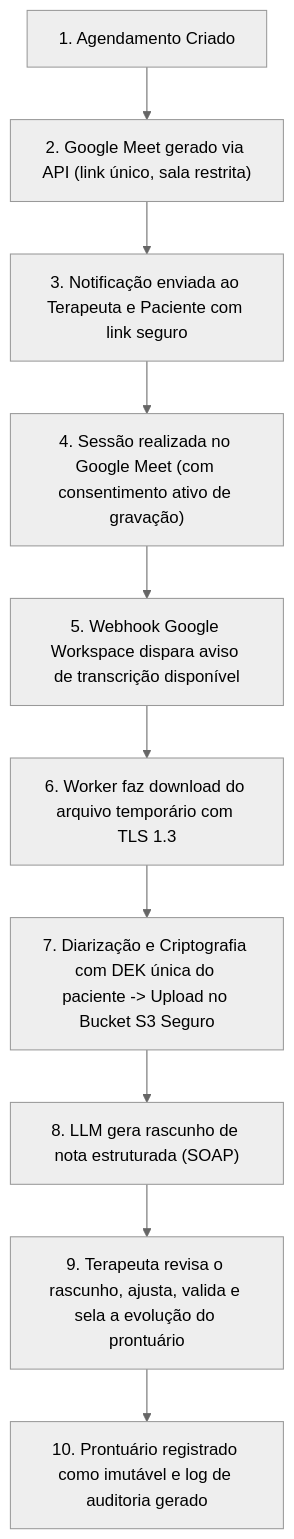
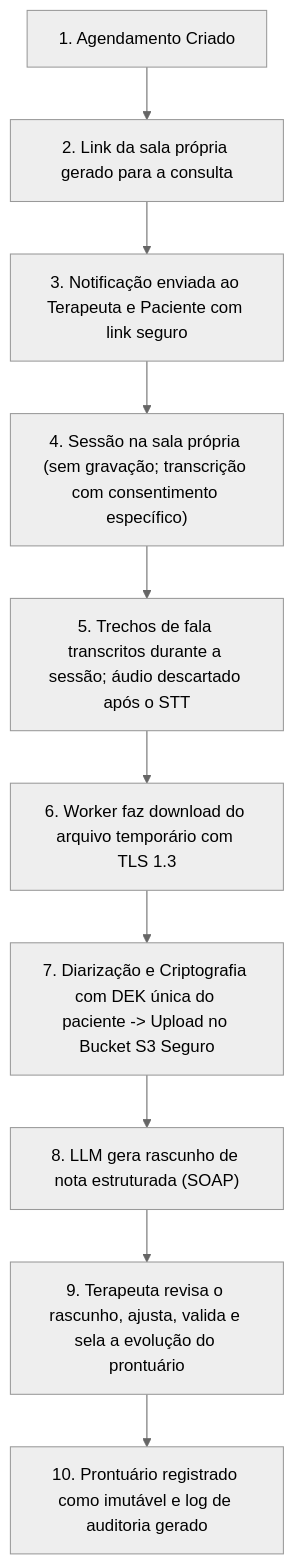
The diagram in docs/RFC-001.md (linuxsoares/terapiainfoco), drawn with Mermaid (neutral theme) before and after one commit. The commit also changed other lines of this file and 49 other files, not shown here.

First line of the commit message:
refactor(teleconsulta): remove integração com Google Meet em favor da sala própria

````diff
--- a/docs/RFC-001.md
+++ b/docs/RFC-001.md
@@ -434,12 +406,12 @@
 ```mermaid
 flowchart TD
-    S1["1. Agendamento Criado"] --> S2["2. Google Meet gerado via API (link único, sala restrita)"]
+    S1["1. Agendamento Criado"] --> S2["2. Link da sala própria gerado para a consulta"]
     S2 --> S3["3. Notificação enviada ao Terapeuta e Paciente com link seguro"]
-    S3 --> S4["4. Sessão realizada no Google Meet (com consentimento ativo de gravação)"]
-    S4 --> S5["5. Webhook Google Workspace dispara aviso de transcrição disponível"]
+    S3 --> S4["4. Sessão na sala própria (sem gravação; transcrição com consentimento específico)"]
+    S4 --> S5["5. Trechos de fala transcritos durante a sessão; áudio descartado após o STT"]
     S5 --> S6["6. Worker faz download do arquivo temporário com TLS 1.3"]
     S6 --> S7["7. Diarização e Criptografia com DEK única do paciente -> Upload no Bucket S3 Seguro"]
     S7 --> S8["8. LLM gera rascunho de nota estruturada (SOAP)"]
     S8 --> S9["9. Terapeuta revisa o rascunho, ajusta, valida e sela a evolução do prontuário"]
     S9 --> S10["10. Prontuário registrado como imutável e log de auditoria gerado"]
 ```
````
